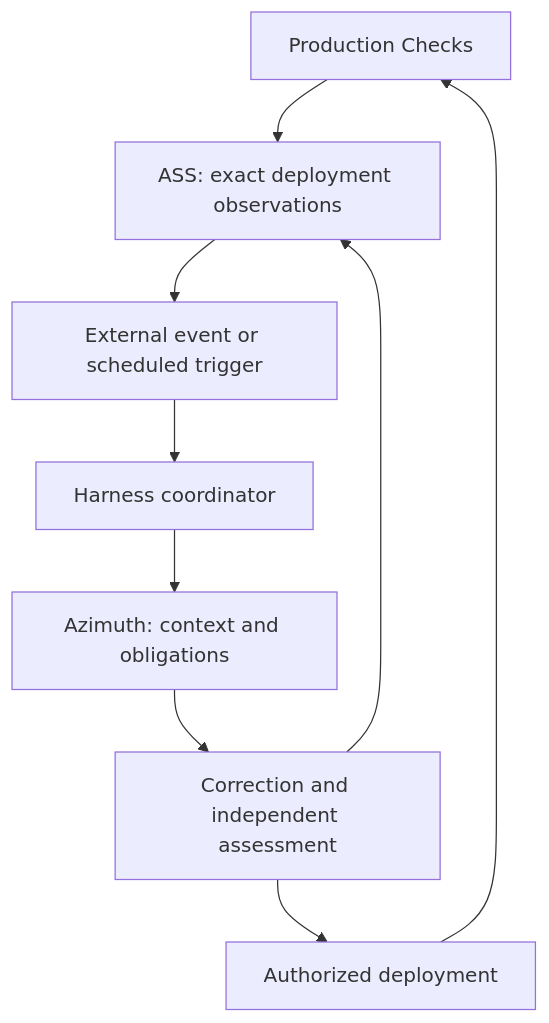
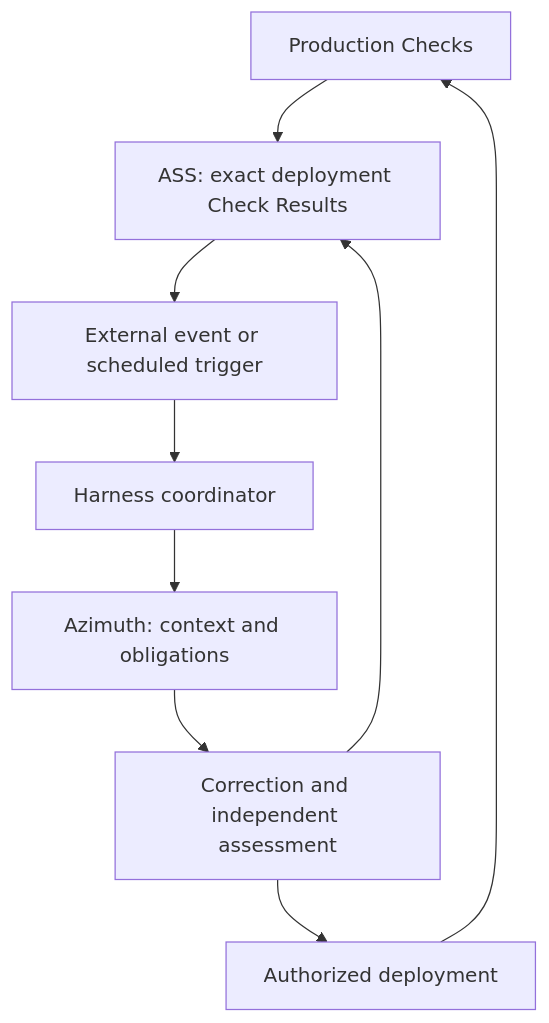
One commit to azimuth-sh/azimuth changed the diagram in docs/intended-architecture.md. Above: the diagram before and after it, drawn with Mermaid. The commit also changed other lines of this file and 52 other files, not shown here.

````diff
--- a/docs/intended-architecture.md
+++ b/docs/intended-architecture.md
@@ -86,11 +86,11 @@
 ```mermaid
 flowchart TD
-    P[Production Checks] --> A[ASS: exact deployment observations]
+    P[Production Checks] --> A[ASS: exact deployment Check Results]
     A --> T[External event or scheduled trigger]
     T --> H[Harness coordinator]
     H --> Z[Azimuth: context and obligations]
     Z --> C[Correction and independent assessment]
     C --> D[Authorized deployment]
     D --> P
     C --> A
 ```
````
